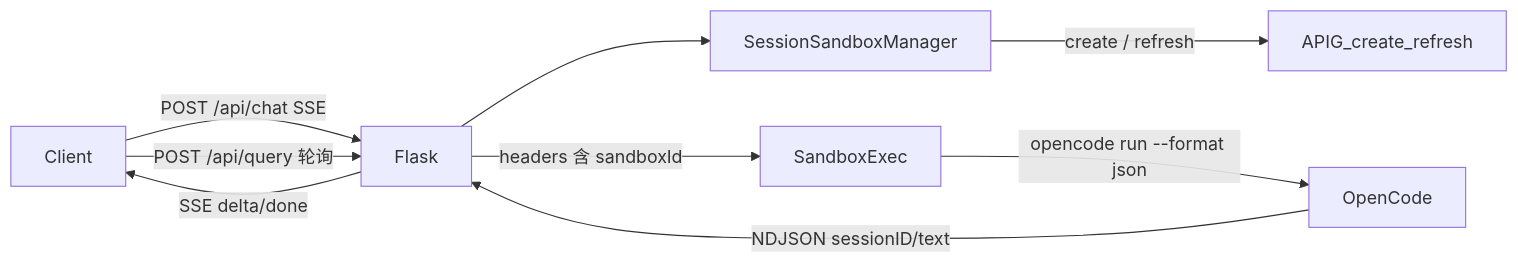
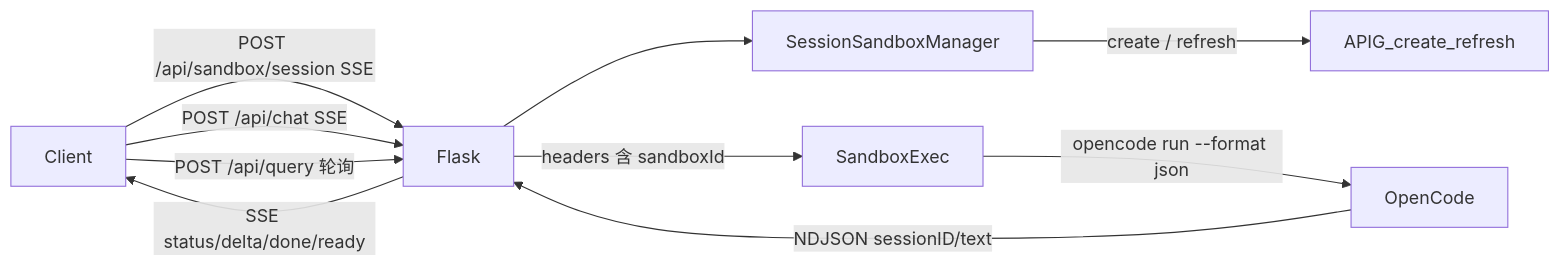
Before and after one commit to wangxiaomo12138/sdb: the diagram in TECH.md, drawn with Mermaid. The commit also changed other lines of this file and 11 other files, not shown here.

````diff
--- a/TECH.md
+++ b/TECH.md
@@ -30,18 +32,19 @@
 ```mermaid
 flowchart LR
   Client[Client]
   Flask[Flask]
   SessMgr[SessionSandboxManager]
   APIG[APIG_create_refresh]
   Exec[SandboxExec]
   OC[OpenCode]
 
+  Client -->|POST /api/sandbox/session SSE| Flask
   Client -->|POST /api/chat SSE| Flask
   Client -->|POST /api/query 轮询| Flask
   Flask --> SessMgr
   SessMgr -->|create / refresh| APIG
   Flask -->|headers 含 sandboxId| Exec
   Exec -->|opencode run --format json| OC
   OC -->|NDJSON sessionID/text| Flask
-  Flask -->|SSE delta/done| Client
+  Flask -->|SSE status/delta/done/ready| Client
 ```
````
